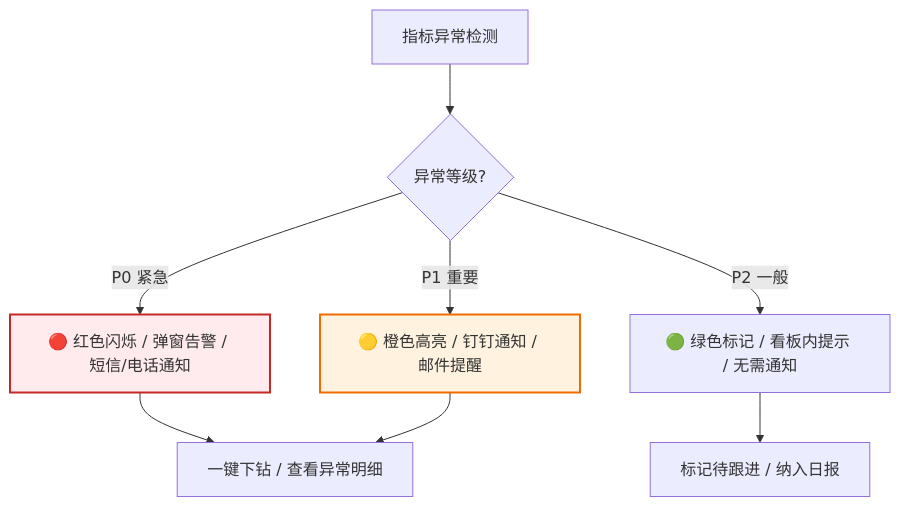
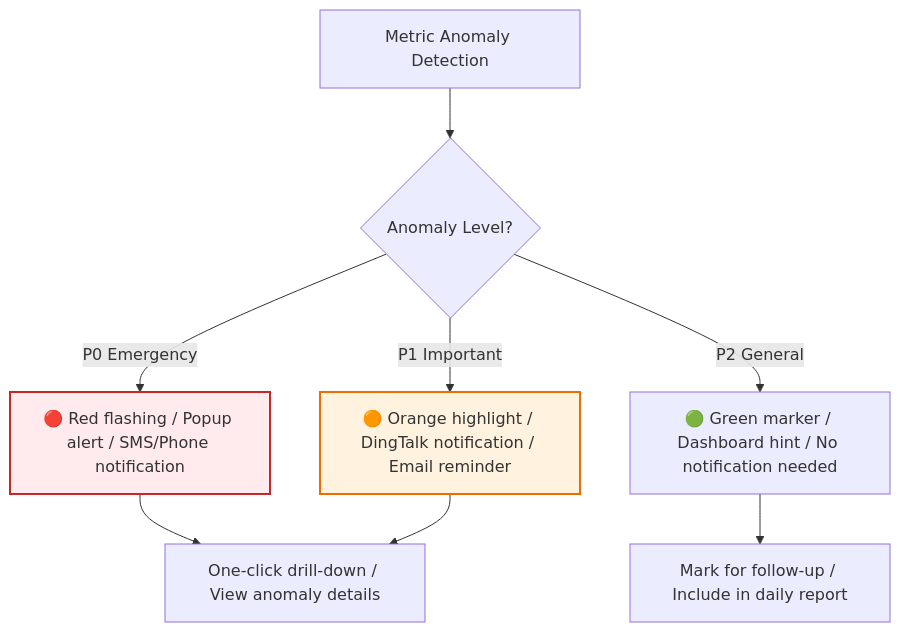
One commit to Kirky-X/cangjie changed the eighth of 9 diagrams in templates/产品/运营层/【模板】数据看板.md. Above: the diagram before and after it, drawn with Mermaid. The commit also changed other lines of this file and 60 other files, not shown here.

````diff
--- a/templates/产品/运营层/【模板】数据看板.md
+++ b/templates/产品/运营层/【模板】数据看板.md
@@ -367,16 +353,14 @@
 ```mermaid
+flowchart TD
+    A[Metric Anomaly Detection] --> B{Anomaly Level?}
+    B -->|P0 Emergency| C[🔴 Red flashing / Popup alert / SMS/Phone notification]
+    B -->|P1 Important| D[🟠 Orange highlight / DingTalk notification / Email reminder]
+    B -->|P2 General| E[🟢 Green marker / Dashboard hint / No notification needed]
 
-
-flowchart TD
-    A[指标异常检测] --> B{异常等级?}
-    B -->|P0 紧急| C[🔴 红色闪烁 / 弹窗告警 / 短信/电话通知]
-    B -->|P1 重要| D[🟡 橙色高亮 / 钉钉通知 / 邮件提醒]
-    B -->|P2 一般| E[🟢 绿色标记 / 看板内提示 / 无需通知]
-
-    C --> F[一键下钻 / 查看异常明细]
+    C --> F[One-click drill-down / View anomaly details]
     D --> F
-    E --> G[标记待跟进 / 纳入日报]
+    E --> G[Mark for follow-up / Include in daily report]
 
     style C fill:#ffebee,stroke:#c62828,stroke-width:2px
     style D fill:#fff3e0,stroke:#ef6c00,stroke-width:2px
 ```
````
